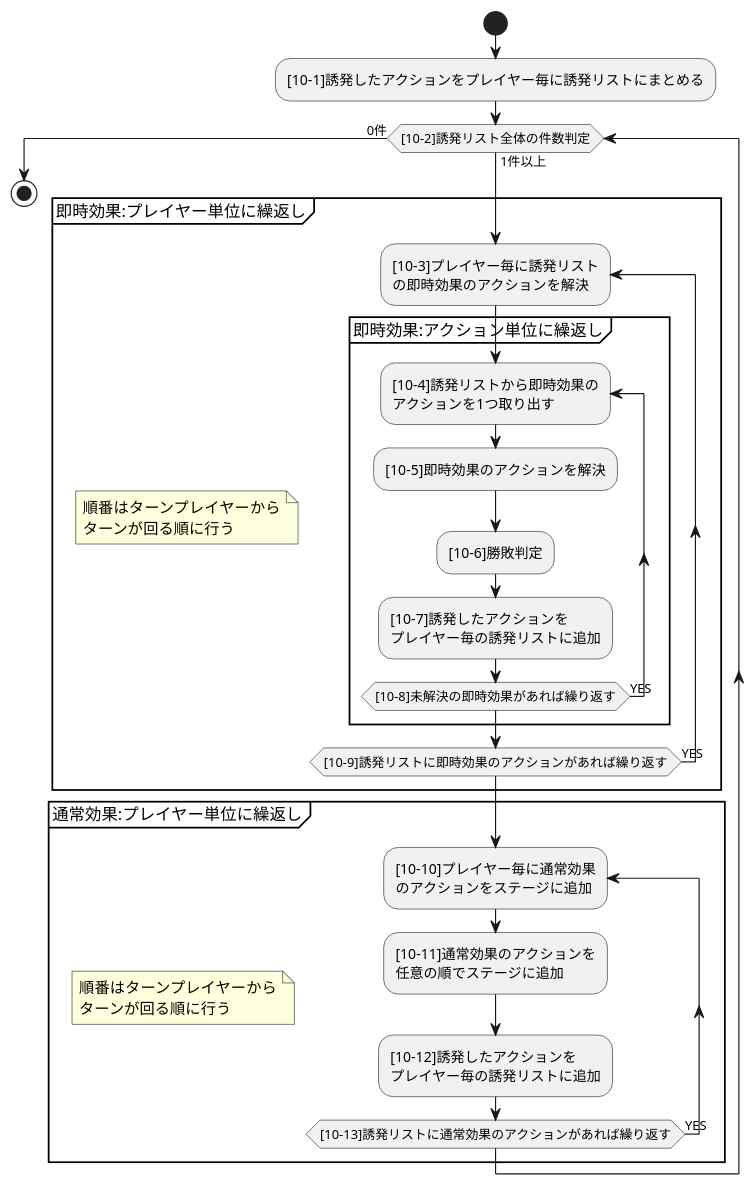
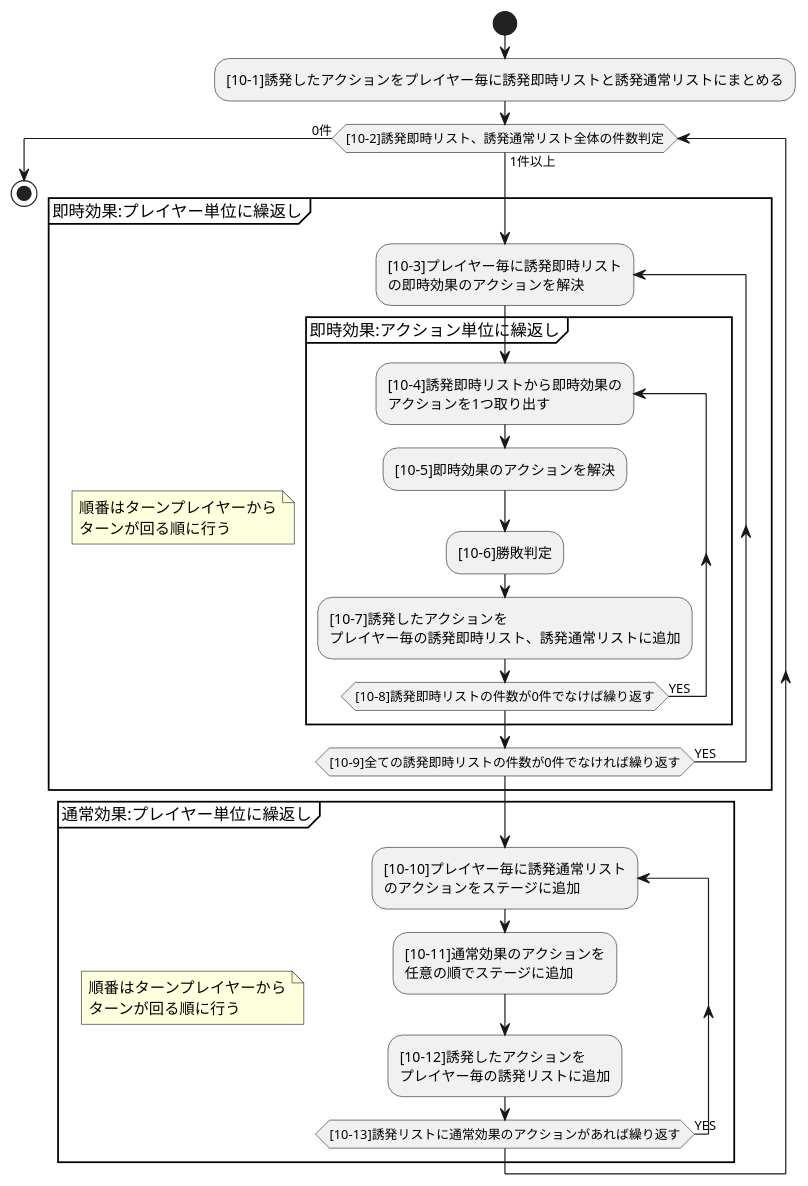
Before and after one commit to BlackPoker/BlackPoker: the diagram in source/core/triggerflow.puml, drawn with PlantUML.

Commit message:
文言修正

```diff
--- a/source/core/triggerflow.puml
+++ b/source/core/triggerflow.puml
@@ -1,34 +1,34 @@
 @startuml
 start
-:[10-1]誘発したアクションをプレイヤー毎に誘発リストにまとめる;
-while([10-2]誘発リスト全体の件数判定) is (1件以上)
+:[10-1]誘発したアクションをプレイヤー毎に誘発即時リストと誘発通常リストにまとめる;
+while([10-2]誘発即時リスト、誘発通常リスト全体の件数判定) is (1件以上)
     group 即時効果:プレイヤー単位に繰返し
     note
         順番はターンプレイヤーから
         ターンが回る順に行う
     end note
-    repeat :[10-3]プレイヤー毎に誘発リスト\nの即時効果のアクションを解決;
+    repeat :[10-3]プレイヤー毎に誘発即時リスト\nの即時効果のアクションを解決;
         group 即時効果:アクション単位に繰返し
-        repeat :[10-4]誘発リストから即時効果の\nアクションを1つ取り出す;
+        repeat :[10-4]誘発即時リストから即時効果の\nアクションを1つ取り出す;
             :[10-5]即時効果のアクションを解決;
             :[10-6]勝敗判定;
-            :[10-7]誘発したアクションを\nプレイヤー毎の誘発リストに追加;
-        repeat while ([10-8]未解決の即時効果があれば繰り返す) is (YES)
+            :[10-7]誘発したアクションを\nプレイヤー毎の誘発即時リスト、誘発通常リストに追加;
+        repeat while ([10-8]誘発即時リストの件数が0件でなけば繰り返す) is (YES)
         end group
-    repeat while([10-9]誘発リストに即時効果のアクションがあれば繰り返す) is (YES)
+    repeat while([10-9]全ての誘発即時リストの件数が0件でなければ繰り返す) is (YES)
     end group
 
     group 通常効果:プレイヤー単位に繰返し
     note
         順番はターンプレイヤーから
         ターンが回る順に行う
     end note
-    repeat :[10-10]プレイヤー毎に通常効果\nのアクションをステージに追加;
+    repeat :[10-10]プレイヤー毎に誘発通常リスト\nのアクションをステージに追加;
         :[10-11]通常効果のアクションを\n任意の順でステージに追加;
         :[10-12]誘発したアクションを\nプレイヤー毎の誘発リストに追加;
     repeat while ([10-13]誘発リストに通常効果のアクションがあれば繰り返す) is (YES)
     end group
 
 endwhile (0件)
     stop
 @enduml
```
